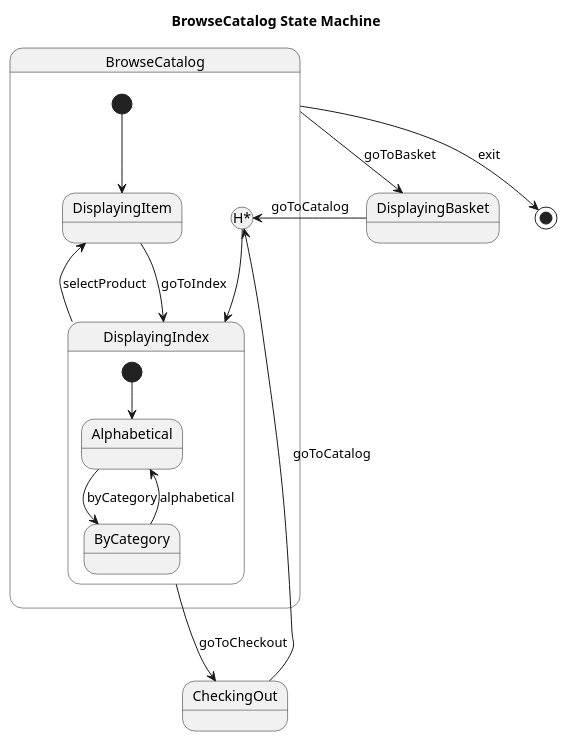
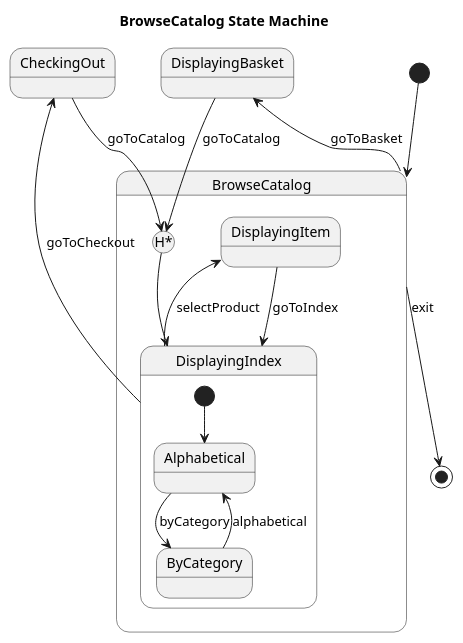
The diagram in dataset/case_59_displayitem/diagram.puml (maimunafaria/State_transition_Diagram_generated_by_LLM), drawn with PlantUML before and after one commit. The commit also changed 36 other files, not shown here.

Commit message:
verifying diagram ( plantuml )

```diff
--- a/dataset/case_59_displayitem/diagram.puml
+++ b/dataset/case_59_displayitem/diagram.puml
@@ -1,40 +1,40 @@
 @startuml
 title BrowseCatalog State Machine
-
+[*] --> BrowseCatalog
 state BrowseCatalog {
 
-  [*] --> DisplayingItem
+  
 
   state DisplayingItem
 
   state DisplayingIndex {
 
     [*] --> Alphabetical
 
     state Alphabetical
     state ByCategory
 
     Alphabetical --> ByCategory : byCategory
     ByCategory --> Alphabetical : alphabetical
   }
 
   state H <<history*>>
 
   DisplayingItem --> DisplayingIndex : goToIndex
   DisplayingIndex --> DisplayingItem : selectProduct
 
   H --> DisplayingIndex
 }
 
 state DisplayingBasket
 state CheckingOut
 
 BrowseCatalog --> DisplayingBasket : goToBasket
 DisplayingIndex --> CheckingOut : goToCheckout
 
 DisplayingBasket --> H : goToCatalog
 CheckingOut --> H : goToCatalog
 
 BrowseCatalog --> [*] : exit
 
 @enduml
```
